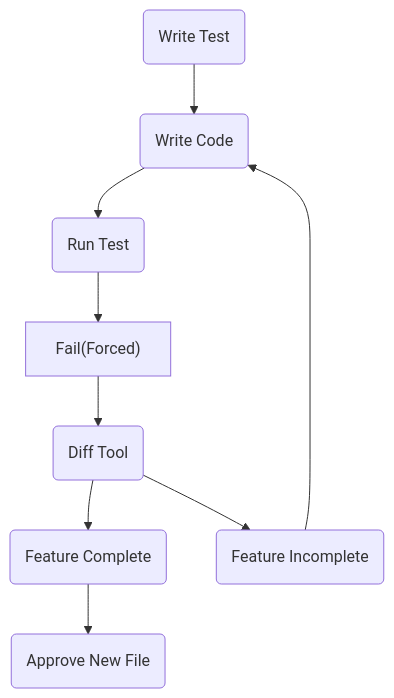
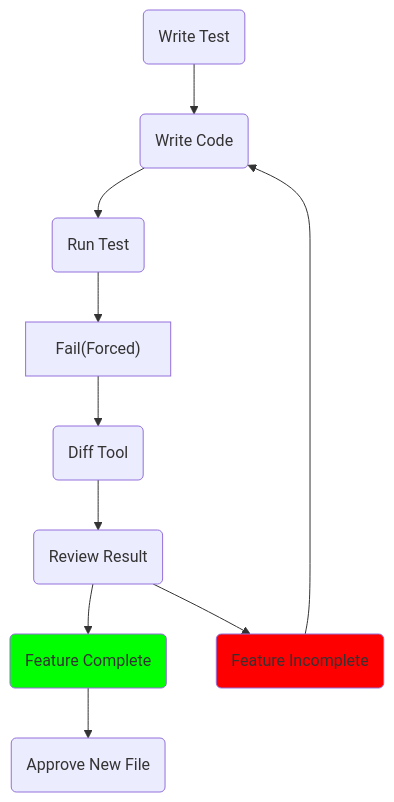
Before and after one commit to approvals/ApprovalTests.Python: the third of 5 diagrams in docs/explanation/approval_testing.md, drawn with Mermaid. The commit also changed other lines of this file, not shown here.

Commit message:
d changes to new/existing approvals

````diff
--- a/docs/explanation/approval_testing.md
+++ b/docs/explanation/approval_testing.md
@@ -50,8 +53,15 @@
 ```mermaid
 flowchart
-write(Write Test) --> code(Write Code) --> runt(Run Test) --> fail["Fail(Forced)"] --> diff(Diff Tool)
-diff --> complete(Feature Complete)
-diff --> incomplete(Feature Incomplete)
+write(Write Test) 
+--> code(Write Code) 
+--> runt(Run Test) 
+--> fail["Fail(Forced)"]
+--> diff(Diff Tool)
+--> review(Review Result)
+--> complete(Feature Complete)
+review --> incomplete(Feature Incomplete)
 complete --> approve(Approve New File)
 incomplete --> code
+style incomplete fill:#f00
+style complete fill:#0f0
 ```
````
